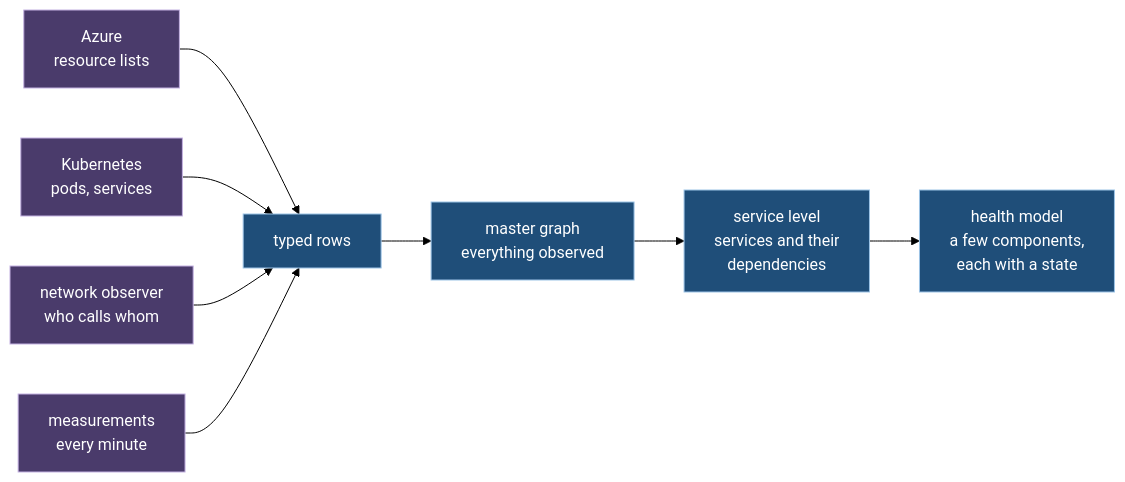
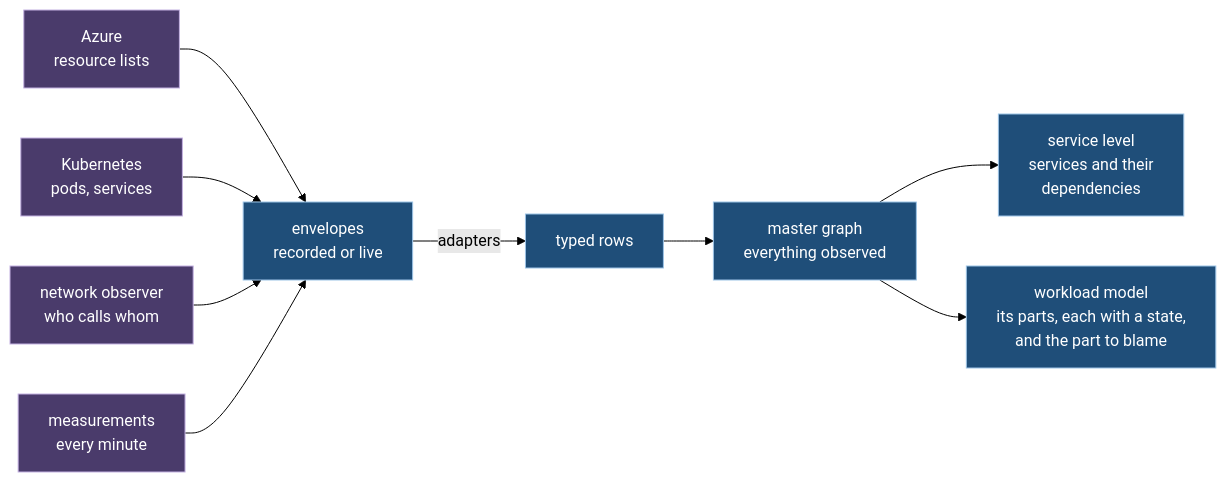
Before and after one commit to abossard/sattle: the first of 2 diagrams in paper/ch00-introduction.md, drawn with Mermaid (forest theme). The commit also changed other lines of this file and 8 other files, not shown here.

Commit message:
Paper agrees with the code after the Now milestone: live input and start order, roll-up marker and origin, workload membership, removed engine parts, one chain of words #103

````diff
--- a/paper/ch00-introduction.md
+++ b/paper/ch00-introduction.md
@@ -40,14 +40,15 @@
 ```mermaid
 flowchart LR
-  S1["Azure<br/>resource lists"] --> R["typed rows"]
-  S2["Kubernetes<br/>pods, services"] --> R
-  S3["network observer<br/>who calls whom"] --> R
-  S4["measurements<br/>every minute"] --> R
+  S1["Azure<br/>resource lists"] --> V["envelopes<br/>recorded or live"]
+  S2["Kubernetes<br/>pods, services"] --> V
+  S3["network observer<br/>who calls whom"] --> V
+  S4["measurements<br/>every minute"] --> V
+  V -->|"adapters"| R["typed rows"]
   R --> M["master graph<br/>everything observed"]
   M --> P1["service level<br/>services and their<br/>dependencies"]
-  P1 --> P2["health model<br/>a few components,<br/>each with a state"]
+  M --> P2["workload model<br/>its parts, each with a state,<br/>and the part to blame"]
   classDef src fill:#4a3b6b,stroke:#c3b1e1,color:#ffffff
   classDef g fill:#1f4e79,stroke:#9cc3e6,color:#ffffff
   class S1,S2,S3,S4 src
-  class R,M,P1,P2 g
+  class V,R,M,P1,P2 g
 ```
````
